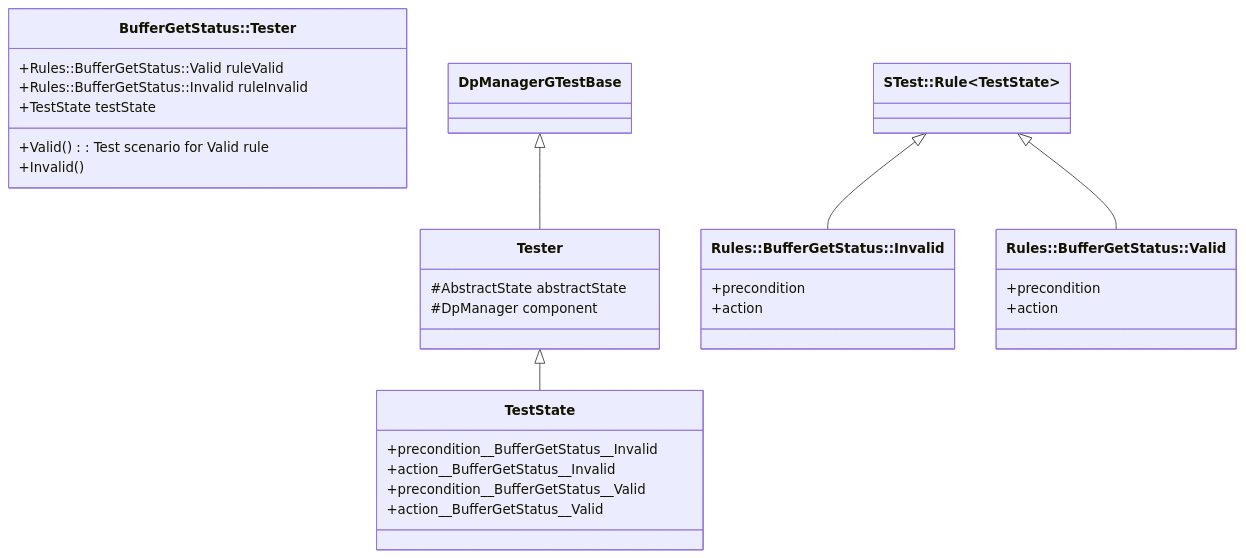
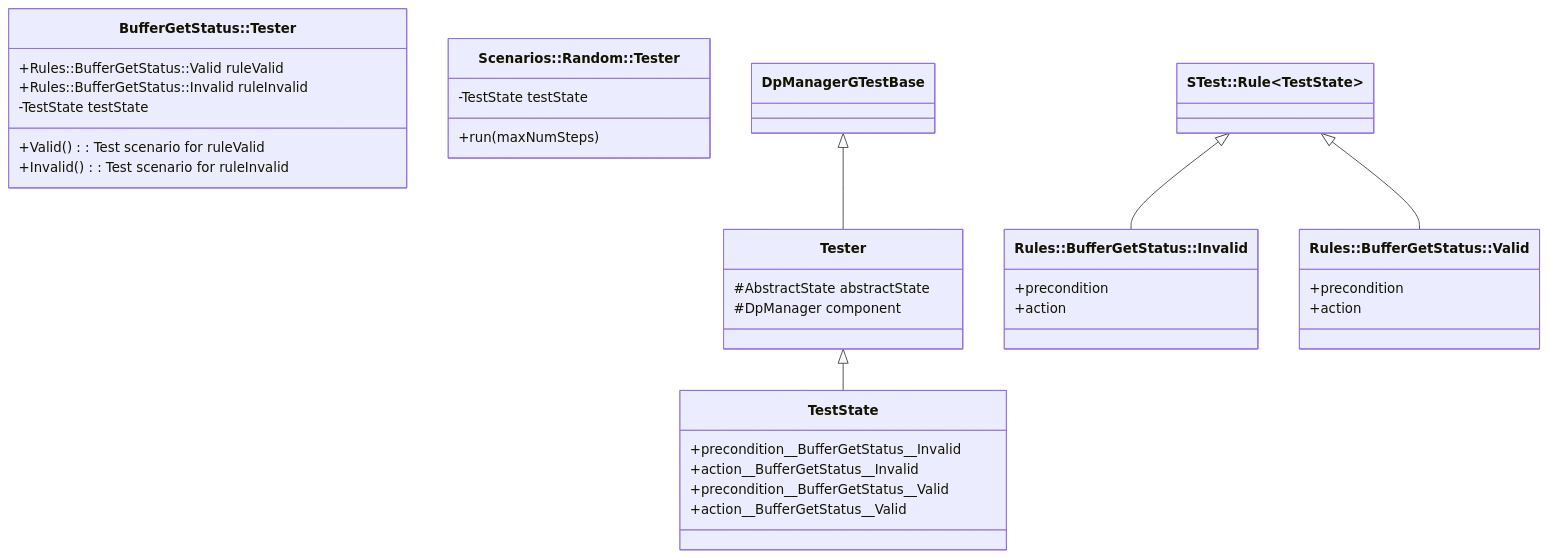
The third of 3 diagrams in Svc/DpManager/test/ut/README.md (bocchino/fprime), drawn with Mermaid before and after one commit. The commit also changed other lines of this file, not shown here.

````diff
--- a/Svc/DpManager/test/ut/README.md
+++ b/Svc/DpManager/test/ut/README.md
@@ -5,32 +230,36 @@
 ```mermaid
 classDiagram
     class Tester {
         #AbstractState abstractState
         #DpManager component
     }
     class TestState {
         +precondition__BufferGetStatus__Invalid
         +action__BufferGetStatus__Invalid
         +precondition__BufferGetStatus__Valid
         +action__BufferGetStatus__Valid
     }
     class `Rules::BufferGetStatus::Invalid` {
         +precondition
         +action
     }
     class `Rules::BufferGetStatus::Valid` {
         +precondition
         +action
     }
     class `BufferGetStatus::Tester` {
-        +Valid() : Test scenario for Valid rule
-        +Invalid()
+        +Valid() : Test scenario for ruleValid
+        +Invalid() : Test scenario for ruleInvalid
         +Rules::BufferGetStatus::Valid ruleValid
         +Rules::BufferGetStatus::Invalid ruleInvalid
-        +TestState testState
+        -TestState testState
+    }
+    class `Scenarios::Random::Tester` {
+        +run(maxNumSteps)
+        -TestState testState
     }
     DpManagerGTestBase <|-- Tester
     Tester <|-- TestState
     `STest::Rule`~TestState~ <|-- `Rules::BufferGetStatus::Invalid`
     `STest::Rule`~TestState~ <|-- `Rules::BufferGetStatus::Valid`
 ```
````
